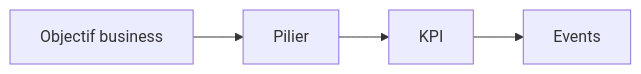
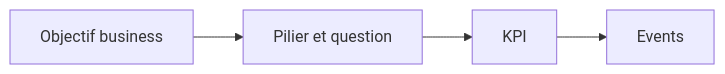
The diagram in README.fr.md (igniters-studio/area-framework), drawn with Mermaid before and after one commit. The commit also changed other lines of this file and 6 other files, not shown here.

````diff
--- a/README.fr.md
+++ b/README.fr.md
@@ -11,4 +13,4 @@
 ```mermaid
 flowchart LR
-  G[Objectif business] --> P[Pilier] --> K[KPI] --> E[Events]
+  G[Objectif business] --> P[Pilier et question] --> K[KPI] --> E[Events]
 ```
````
